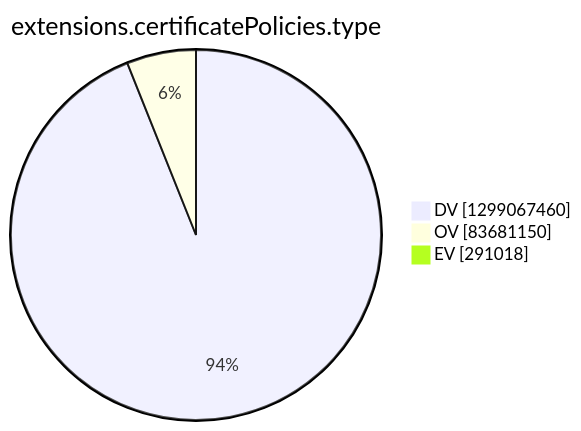
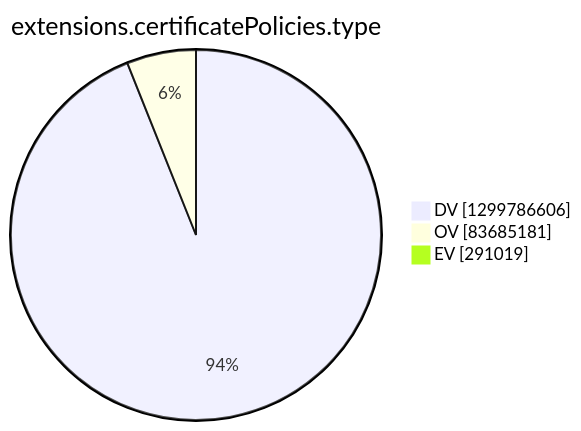
The tenth of 15 diagrams in argon2022/README.md (christiankrug/ctmonitor_visualization), drawn with Mermaid before and after one commit. The commit also changed other lines of this file, not shown here.

````diff
--- a/argon2022/README.md
+++ b/argon2022/README.md
@@ -2772,7 +2772,7 @@
 ```mermaid
 pie showData
 title extensions.certificatePolicies.type
-"DV" :1299067460
-"OV" :83681150
-"EV" :291018
+"DV" :1299786606
+"OV" :83685181
+"EV" :291019
 ```
````
